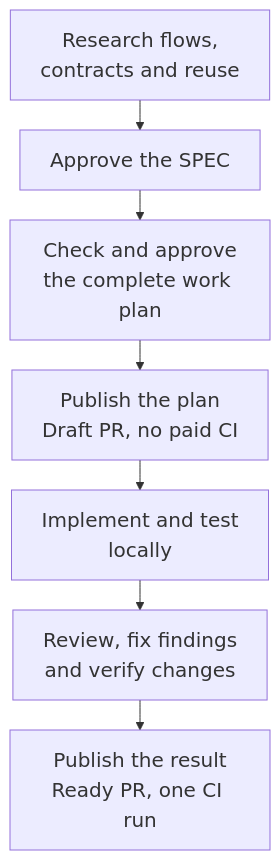
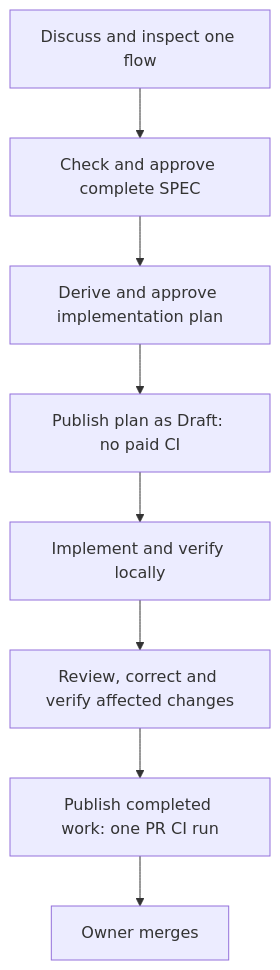
Before and after one commit to 0xmikko/0_agents: the diagram in docs/planctl-process-implementation.md, drawn with Mermaid. The commit also changed other lines of this file and 35 other files, not shown here.

````diff
--- a/docs/planctl-process-implementation.md
+++ b/docs/planctl-process-implementation.md
@@ -13,10 +15,10 @@
 ```mermaid
-%%{init: {"themeVariables": {"fontSize": "20px"}, "flowchart": {"rankSpacing": 30}}}%%
 flowchart TB
-  R["Research flows,<br/>contracts and reuse"] --> S["Approve the SPEC"]
-  S --> P["Check and approve<br/>the complete work plan"]
-  P --> D["Publish the plan<br/>Draft PR, no paid CI"]
-  D --> W["Implement and test<br/>locally"]
-  W --> V["Review, fix findings<br/>and verify changes"]
-  V --> C["Publish the result<br/>Ready PR, one CI run"]
+  A["Discuss and inspect one flow"] --> B["Check and approve complete SPEC"]
+  B --> C["Derive and approve implementation plan"]
+  C --> D["Publish plan as Draft: no paid CI"]
+  D --> E["Implement and verify locally"]
+  E --> F["Review, correct and verify affected changes"]
+  F --> G["Publish completed work: one PR CI run"]
+  G --> H["Owner merges"]
 ```
````
